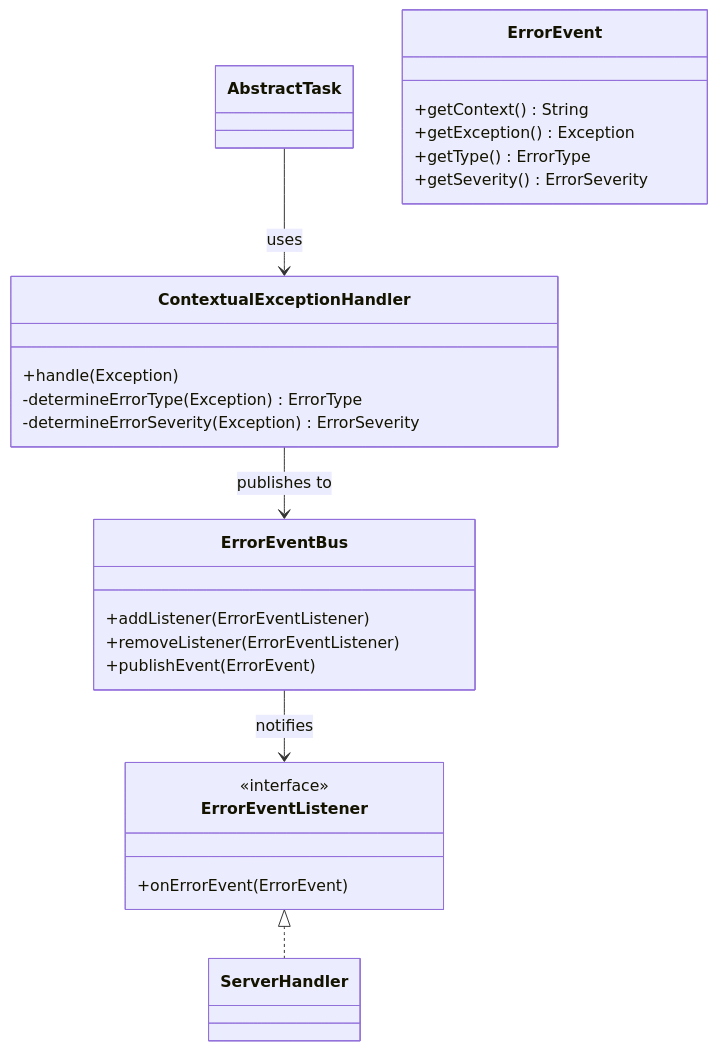
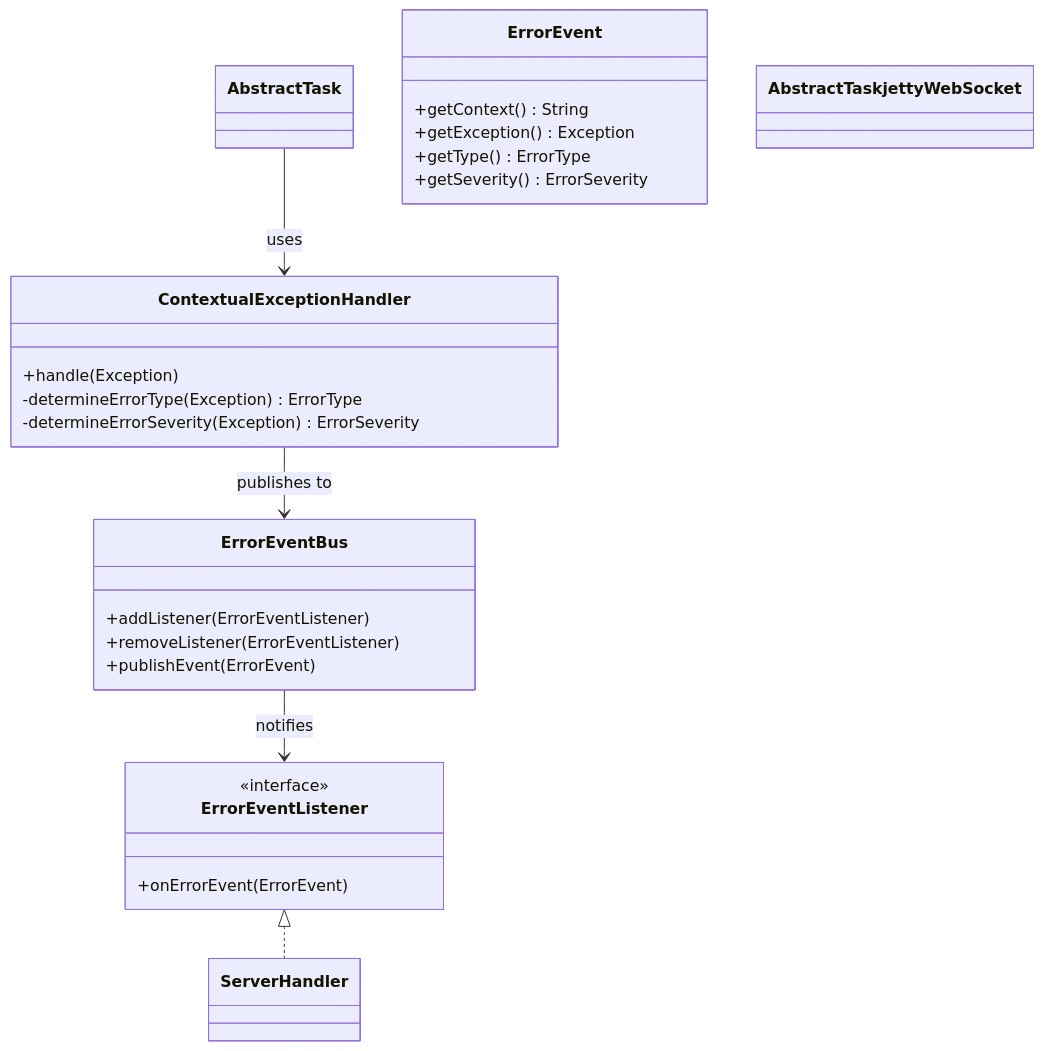
One commit to openhab/openhab-addons changed the diagram in bundles/org.openhab.binding.jellyfin/docs/architecture/error-handling.md. Above: the diagram before and after it, drawn with Mermaid. The commit also changed 5 other files, not shown here.

First line of the commit message:
🎨 docs: Apply color scheme to Mermaid diagrams using classDef

````diff
--- a/bundles/org.openhab.binding.jellyfin/docs/architecture/error-handling.md
+++ b/bundles/org.openhab.binding.jellyfin/docs/architecture/error-handling.md
@@ -5,32 +5,36 @@
 ```mermaid
 classDiagram
     %% Error handling (Observer pattern)
     AbstractTask --> ContextualExceptionHandler : uses
     ContextualExceptionHandler --> ErrorEventBus : publishes to
     ErrorEventBus --> ErrorEventListener : notifies
     ErrorEventListener <|.. ServerHandler
 
     class ContextualExceptionHandler {
         +handle(Exception)
         -determineErrorType(Exception) ErrorType
         -determineErrorSeverity(Exception) ErrorSeverity
     }
 
     class ErrorEventBus {
         +addListener(ErrorEventListener)
         +removeListener(ErrorEventListener)
         +publishEvent(ErrorEvent)
     }
 
     class ErrorEventListener {
         <<interface>>
         +onErrorEvent(ErrorEvent)
     }
 
     class ErrorEvent {
         +getContext() String
         +getException() Exception
         +getType() ErrorType
         +getSeverity() ErrorSeverity
     }
+
+    %% Color scheme for external libraries
+    classDef jettyWebSocket fill:#99ccff,stroke:#6699cc,color:#000
+    class AbstractTask jettyWebSocket
 ```
````
